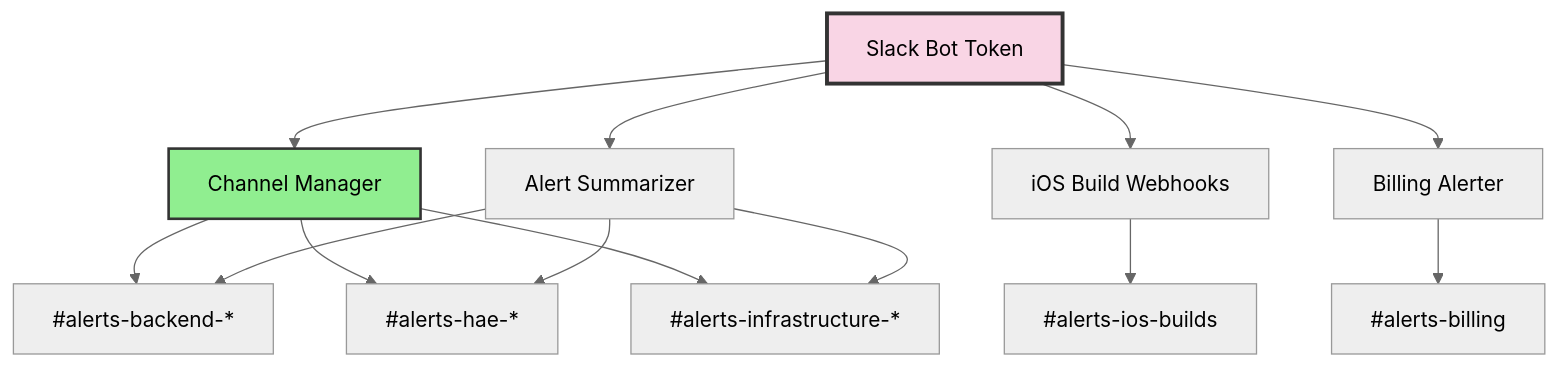
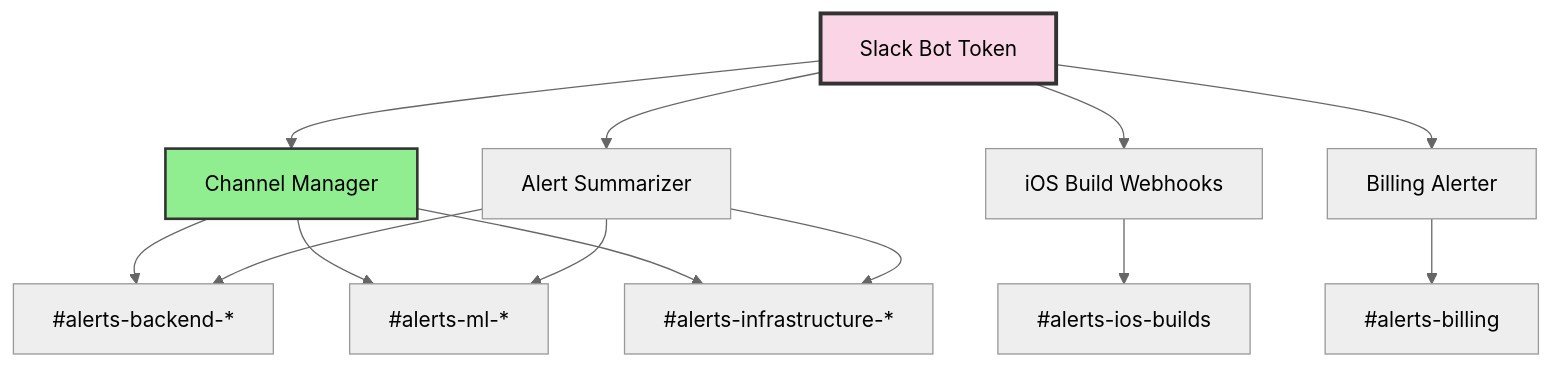
Before and after one commit to Ideaplaces/ciprianrarau.com: the second of 2 diagrams in src/data/post/slack-configuration-as-code.md, drawn with Mermaid (neutral theme). The commit also changed other lines of this file and 2 other files, not shown here.

````diff
--- a/src/data/post/slack-configuration-as-code.md
+++ b/src/data/post/slack-configuration-as-code.md
@@ -422,21 +422,21 @@
 ```mermaid
 flowchart TD
     A[Slack Bot Token] --> B[Channel Manager]
     A --> C[Alert Summarizer]
     A --> D[iOS Build Webhooks]
     A --> E[Billing Alerter]
 
     B --> F[#alerts-backend-*]
-    B --> G[#alerts-hae-*]
+    B --> G[#alerts-ml-*]
     B --> H[#alerts-infrastructure-*]
 
     C --> F
     C --> G
     C --> H
 
     D --> I[#alerts-ios-builds]
     E --> J[#alerts-billing]
 
     style A fill:#f9d5e5,stroke:#333,stroke-width:3px
     style B fill:#90EE90,stroke:#333,stroke-width:2px
 ```
````
